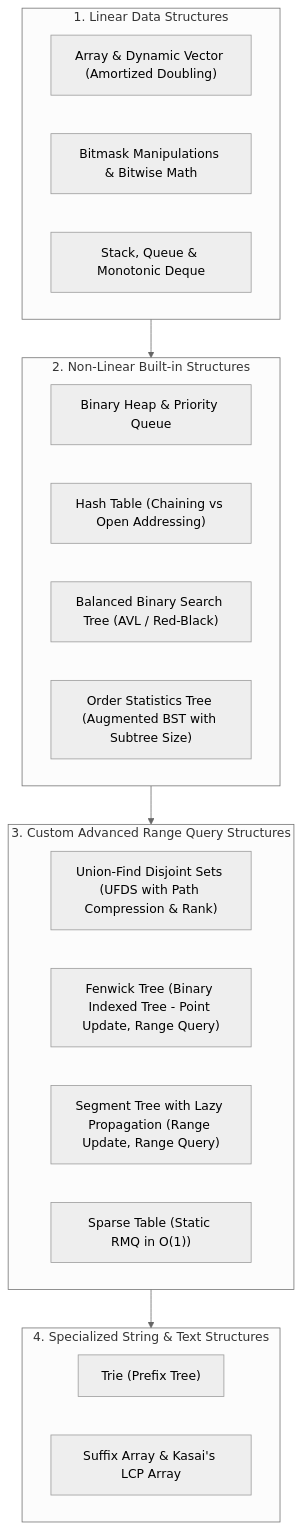
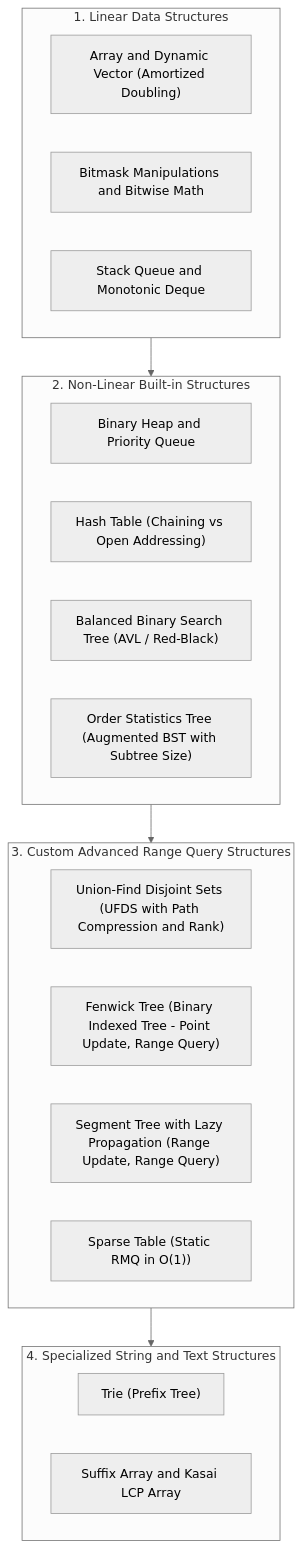
Before and after one commit to AkmKawser/Science_Of_Coding: the second of 2 diagrams in query/002_data_structures_master_manual.md, drawn with Mermaid (neutral theme). The commit also changed other lines of this file, not shown here.

First line of the commit message:
Normalize data structures manual formatting

````diff
--- a/query/002_data_structures_master_manual.md
+++ b/query/002_data_structures_master_manual.md
@@ -85,28 +85,28 @@
 ```mermaid
 flowchart TD
     subgraph LinearDS["1. Linear Data Structures"]
-        D1["Array & Dynamic Vector (Amortized Doubling)"]
-        D2["Bitmask Manipulations & Bitwise Math"]
-        D3["Stack, Queue & Monotonic Deque"]
+        D1["Array and Dynamic Vector (Amortized Doubling)"]
+        D2["Bitmask Manipulations and Bitwise Math"]
+        D3["Stack Queue and Monotonic Deque"]
     end
     subgraph NonLinearDS["2. Non-Linear Built-in Structures"]
-        D4["Binary Heap & Priority Queue"]
+        D4["Binary Heap and Priority Queue"]
         D5["Hash Table (Chaining vs Open Addressing)"]
         D6["Balanced Binary Search Tree (AVL / Red-Black)"]
         D7["Order Statistics Tree (Augmented BST with Subtree Size)"]
     end
     subgraph CustomRangeDS["3. Custom Advanced Range Query Structures"]
-        D8["Union-Find Disjoint Sets (UFDS with Path Compression & Rank)"]
+        D8["Union-Find Disjoint Sets (UFDS with Path Compression and Rank)"]
         D9["Fenwick Tree (Binary Indexed Tree - Point Update, Range Query)"]
         D10["Segment Tree with Lazy Propagation (Range Update, Range Query)"]
         D11["Sparse Table (Static RMQ in O(1))"]
     end
-    subgraph StringDS["4. Specialized String & Text Structures"]
+    subgraph StringDS["4. Specialized String and Text Structures"]
         D12["Trie (Prefix Tree)"]
-        D13["Suffix Array & Kasai's LCP Array"]
+        D13["Suffix Array and Kasai LCP Array"]
     end
 
     LinearDS --> NonLinearDS
     NonLinearDS --> CustomRangeDS
     CustomRangeDS --> StringDS
 ```
````
